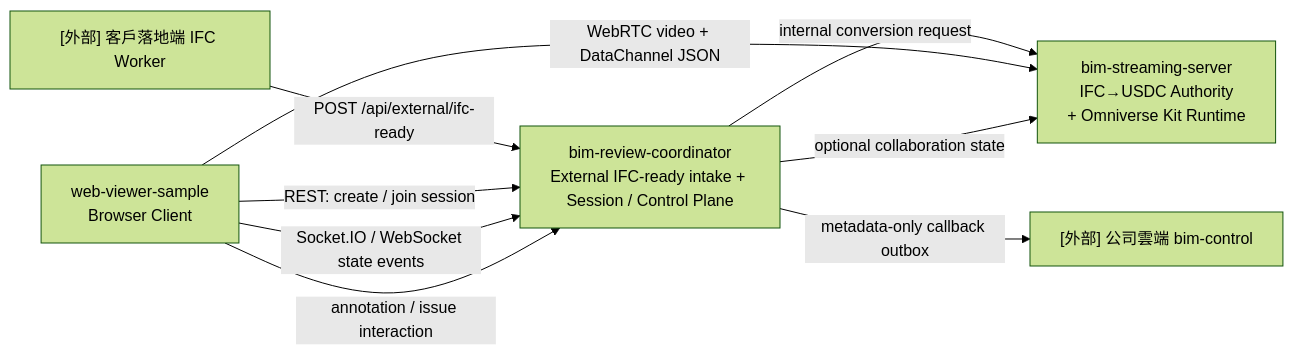
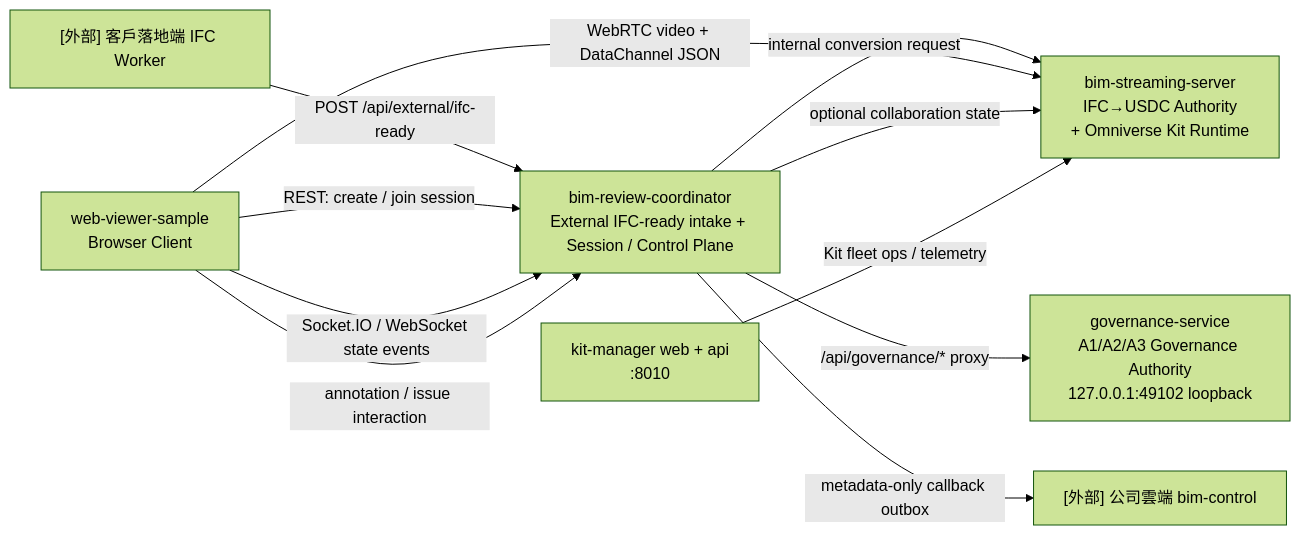
Before and after one commit to monkey1sai/AI-BIM-governance: the second of 7 diagrams in docs/agents/repo-boundary-detail.md, drawn with Mermaid (forest theme). The commit also changed other lines of this file and 38 other files, not shown here.

````diff
--- a/docs/agents/repo-boundary-detail.md
+++ b/docs/agents/repo-boundary-detail.md
@@ -109,17 +116,21 @@
 ```mermaid
 flowchart LR
     EDGE["[外部] 客戶落地端 IFC Worker"]
     CLOUD["[外部] 公司雲端 bim-control"]
     CO["bim-review-coordinator\nExternal IFC-ready intake + Session / Control Plane"]
     KIT["bim-streaming-server\nIFC→USDC Authority\n+ Omniverse Kit Runtime"]
+    GOV["governance-service\nA1/A2/A3 Governance Authority\n127.0.0.1:49102 loopback"]
     WV["web-viewer-sample\nBrowser Client"]
+    KM["kit-manager web + api\n:8010"]
 
     EDGE -->|POST /api/external/ifc-ready| CO
     CO -->|internal conversion request| KIT
+    CO -->|/api/governance/* proxy| GOV
     CO -->|metadata-only callback outbox| CLOUD
     WV -->|REST: create / join session| CO
     WV -->|WebRTC video + DataChannel JSON| KIT
     WV -->|Socket.IO / WebSocket state events| CO
     CO -->|optional collaboration state| KIT
     WV -->|annotation / issue interaction| CO
+    KM -->|Kit fleet ops / telemetry| KIT
 ```
````
